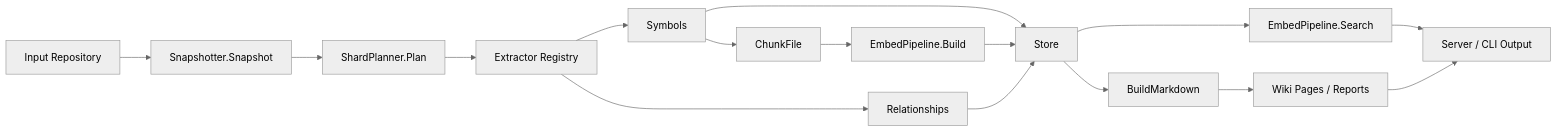
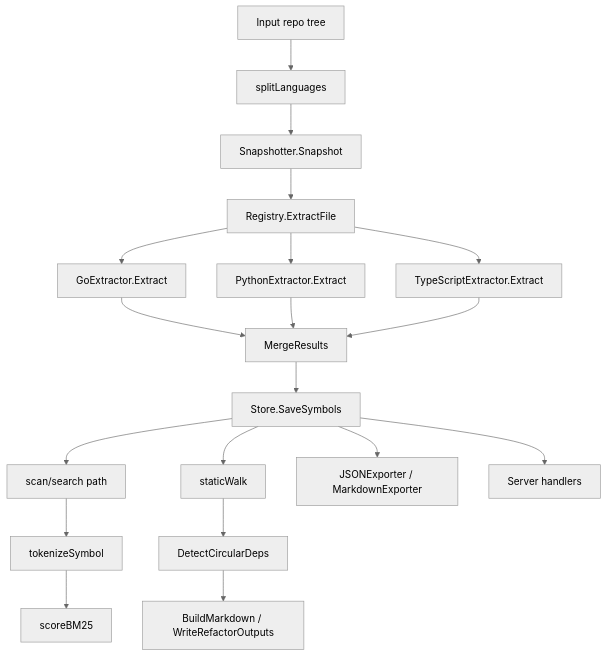
The diagram in .rekipedia/wiki/architecture-data-flow.md (actions-marketplace-validations/unrealandychan_rekipedia), drawn with Mermaid (neutral theme) before and after one commit. The commit also changed other lines of this file and 39 other files, not shown here.

````diff
--- a/.rekipedia/wiki/architecture-data-flow.md
+++ b/.rekipedia/wiki/architecture-data-flow.md
@@ -20,32 +20,35 @@
 ```mermaid
-flowchart LR
-  Repo[Input Repository]
+flowchart TD
+  InputRepo[Input repo tree]
+  LangSplit[splitLanguages]
   Snapshotter[Snapshotter.Snapshot]
-  Sharder[ShardPlanner.Plan]
-  Extractor[Extractor Registry]
-  Symbols[Symbols]
-  Relationships[Relationships]
-  Store[Store]
-  Chunker[ChunkFile]
-  Embedder[EmbedPipeline.Build]
-  Search[EmbedPipeline.Search]
-  Reporter[BuildMarkdown]
-  Wiki[Wiki Pages / Reports]
-  Api[Server / CLI Output]
+  Registry[Registry.ExtractFile]
+  GoExt[GoExtractor.Extract]
+  PyExt[PythonExtractor.Extract]
+  TSExt[TypeScriptExtractor.Extract]
+  Merge[MergeResults]
+  Store[Store.SaveSymbols]
+  Search[scan/search path]
+  Tokenize[tokenizeSymbol]
+  BM25[scoreBM25]
+  RefWalk[staticWalk]
+  Detect[DetectCircularDeps]
+  Writer[BuildMarkdown / WriteRefactorOutputs]
+  Export[JSONExporter / MarkdownExporter]
+  Server[Server handlers]
 
-  Repo --> Snapshotter
-  Snapshotter --> Sharder
-  Sharder --> Extractor
-  Extractor --> Symbols
-  Extractor --> Relationships
-  Symbols --> Store
-  Relationships --> Store
-  Symbols --> Chunker
-  Chunker --> Embedder
-  Embedder --> Store
+  InputRepo --> LangSplit --> Snapshotter
+  Snapshotter --> Registry
+  Registry --> GoExt
+  Registry --> PyExt
+  Registry --> TSExt
+  GoExt --> Merge
+  PyExt --> Merge
+  TSExt --> Merge
+  Merge --> Store
   Store --> Search
-  Search --> Api
-  Store --> Reporter
-  Reporter --> Wiki
-  Wiki --> Api
+  Search --> Tokenize --> BM25
+  Store --> RefWalk --> Detect --> Writer
+  Store --> Export
+  Store --> Server
 ```
````
